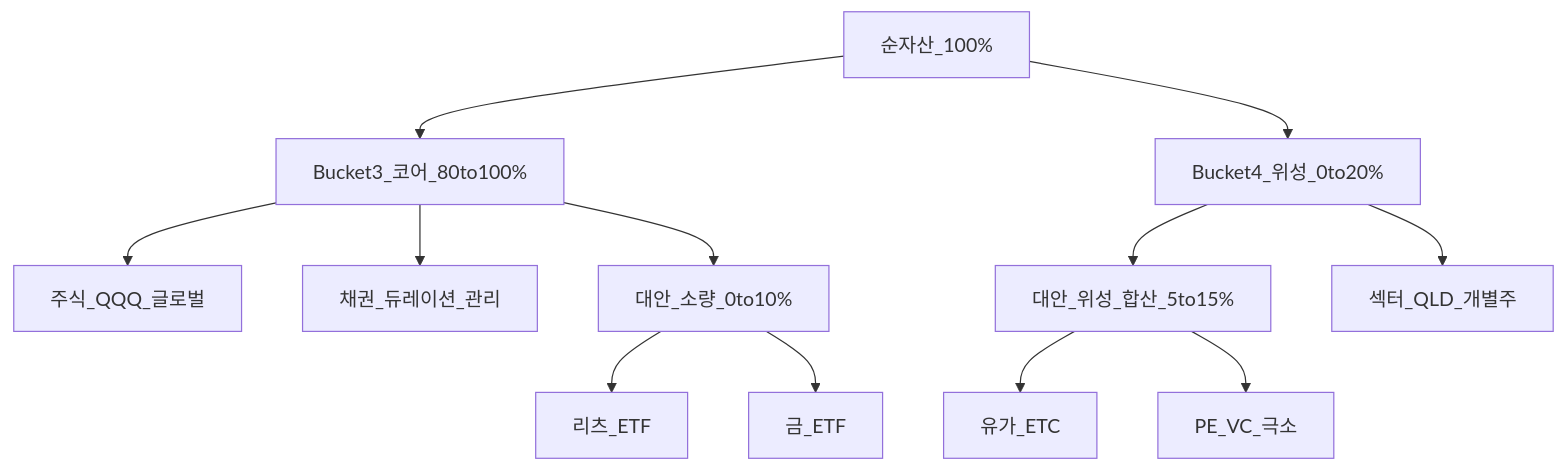
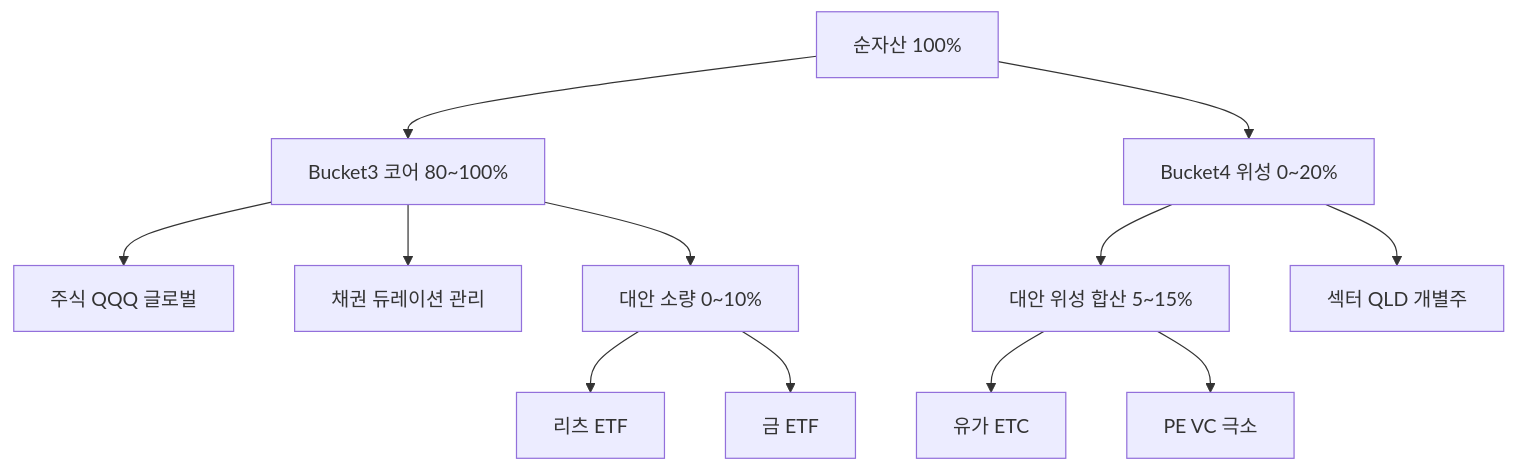
One commit to goldanghenry/Finances changed the sixth of 6 diagrams in 03-markets/alternatives-reits-commodities.md. Above: the diagram before and after it, drawn with Mermaid. The commit also changed other lines of this file and 211 other files, not shown here.

````diff
--- a/03-markets/alternatives-reits-commodities.md
+++ b/03-markets/alternatives-reits-commodities.md
@@ -316,15 +323,15 @@
 ```mermaid
 flowchart TD
-  NW[순자산_100%]
-  NW --> B3[Bucket3_코어_80to100%]
-  NW --> B4[Bucket4_위성_0to20%]
-  B3 --> CoreStock[주식_QQQ_글로벌]
-  B3 --> CoreBond[채권_듀레이션_관리]
-  B3 --> AltCore[대안_소량_0to10%]
-  AltCore --> REITc[리츠_ETF]
-  AltCore --> Goldc[금_ETF]
-  B4 --> AltSat[대안_위성_합산_5to15%]
-  AltSat --> Oil[유가_ETC]
-  AltSat --> PEs[PE_VC_극소]
-  B4 --> Theme[섹터_QLD_개별주]
+  NW["순자산 100%"]
+  NW --> B3["Bucket3 코어 80~100%"]
+  NW --> B4["Bucket4 위성 0~20%"]
+  B3 --> CoreStock["주식 QQQ 글로벌"]
+  B3 --> CoreBond["채권 듀레이션 관리"]
+  B3 --> AltCore["대안 소량 0~10%"]
+  AltCore --> REITc["리츠 ETF"]
+  AltCore --> Goldc["금 ETF"]
+  B4 --> AltSat["대안 위성 합산 5~15%"]
+  AltSat --> Oil["유가 ETC"]
+  AltSat --> PEs["PE VC 극소"]
+  B4 --> Theme["섹터 QLD 개별주"]
 ```
````
